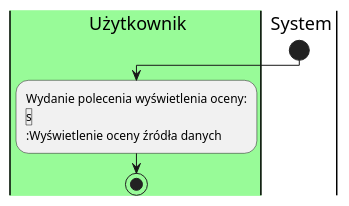
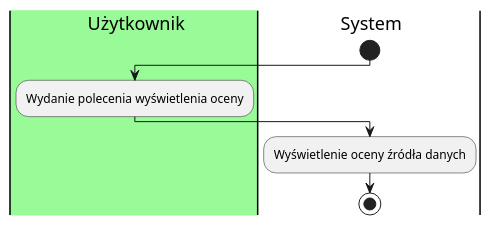
The diagram in dokumentacja/specyfikacja.wymagan/2.opis.biznesu/procesy.biznesowe/procesy/PB0011.puml (aleksanderpiluk/IWO), drawn with PlantUML before and after one commit. The commit also changed 1 other file, not shown here.

```diff
--- a/dokumentacja/specyfikacja.wymagan/2.opis.biznesu/procesy.biznesowe/procesy/PB0011.puml
+++ b/dokumentacja/specyfikacja.wymagan/2.opis.biznesu/procesy.biznesowe/procesy/PB0011.puml
@@ -1,14 +1,14 @@
 @startuml
 
 |#palegreen|u| Użytkownik
 |s| System
 
 start
 |u|
-:Wydanie polecenia wyświetlenia oceny:
+:Wydanie polecenia wyświetlenia oceny;
 |s|
 :Wyświetlenie oceny źródła danych;
 
 
 stop
 @enduml
```
